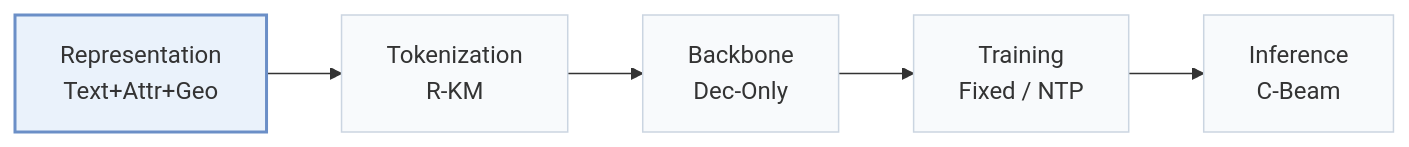
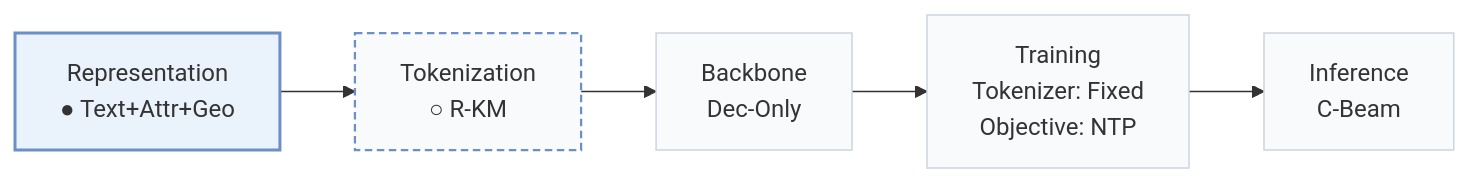
One commit to Galaxy-ghost/Awesome-SID-Generative-Rec changed the first of 2 diagrams in pages/papers/hf-sid.md. Above: the diagram before and after it, drawn with Mermaid. The commit also changed other lines of this file and 558 other files, not shown here.

````diff
--- a/pages/papers/hf-sid.md
+++ b/pages/papers/hf-sid.md
@@ -15,8 +18,10 @@
 ```mermaid
 flowchart LR
-    R["Representation<br/>Text+Attr+Geo"] --> T["Tokenization<br/>R-KM"] --> B["Backbone<br/>Dec-Only"] --> TR["Training<br/>Fixed / NTP"] --> I["Inference<br/>C-Beam"]
+    R["Representation<br/>● Text+Attr+Geo"] --> T["Tokenization<br/>○ R-KM"] --> B["Backbone<br/>Dec-Only"] --> TR["Training<br/>Tokenizer: Fixed<br/>Objective: NTP"] --> I["Inference<br/>C-Beam"]
     classDef base fill:#f8fafc,stroke:#cbd5e1
     class R,T,B,TR,I base
+    classDef other fill:#f8fafc,stroke:#6b8fc7,stroke-width:1.5px,stroke-dasharray:5 3
+    class T other
     classDef main fill:#eaf2fb,stroke:#6b8fc7,stroke-width:2px
     class R main
 ```
````
